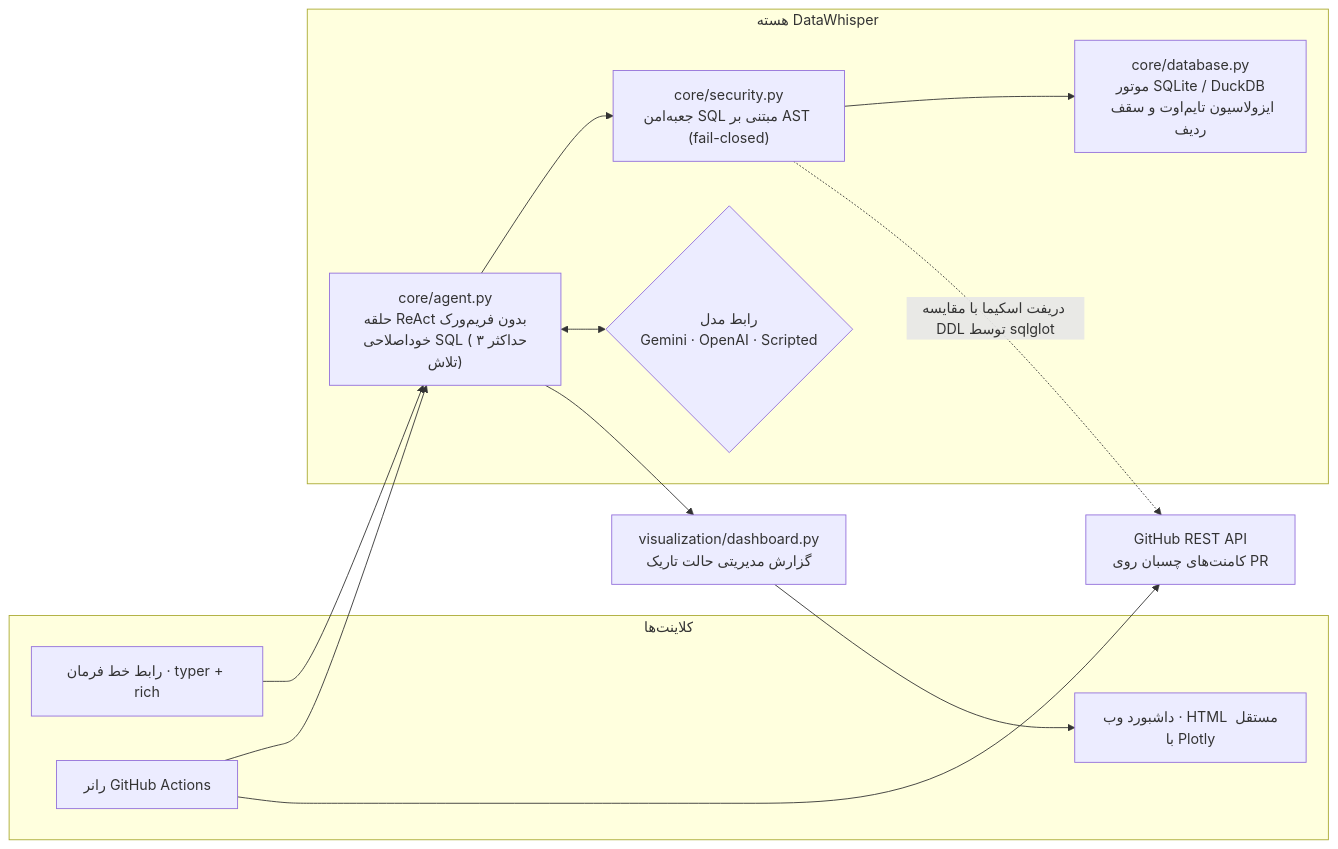
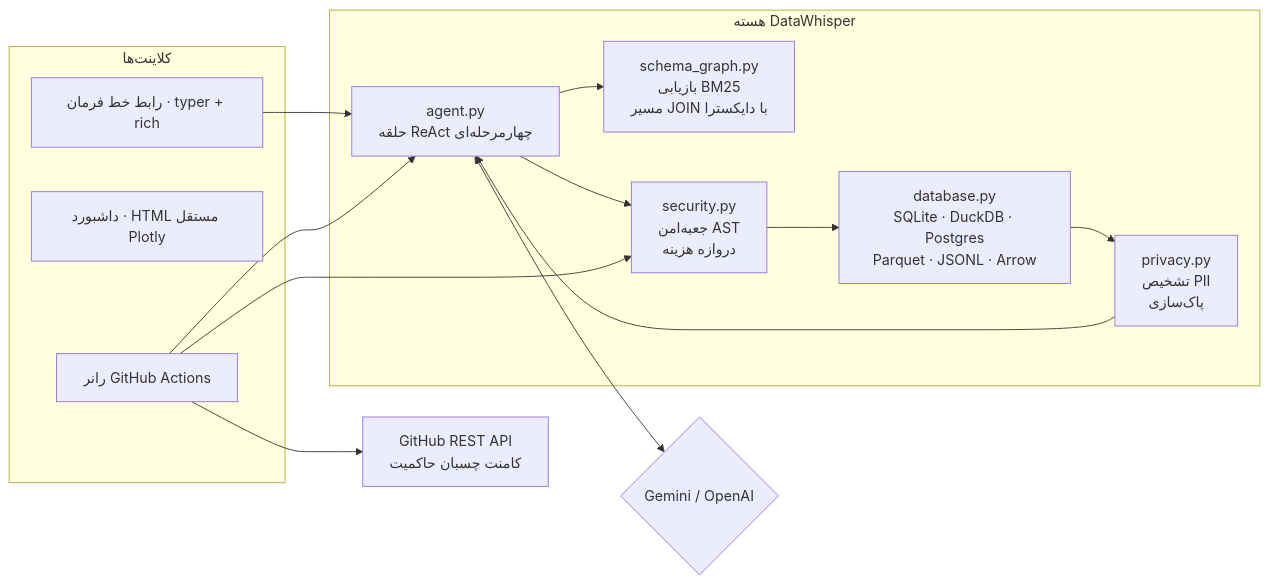
Before and after one commit to Green-tero/datawhisper: the second of 2 diagrams in README.md, drawn with Mermaid. The commit also changed other lines of this file and 21 other files, not shown here.

First line of the commit message:
feat!: DataWhisper v2.0 — graph pruning, multi-engine Arrow, zero-trust gate

````diff
--- a/README.md
+++ b/README.md
@@ -306,27 +318,30 @@
 ```mermaid
 flowchart LR
     subgraph Clients["کلاینت‌ها"]
         CLI["رابط خط فرمان · typer + rich"]
-        DASH["داشبورد وب · HTML مستقل با Plotly"]
+        DASH["داشبورد · HTML مستقل Plotly"]
         GHA["رانر GitHub Actions"]
     end
 
     subgraph Core["هسته DataWhisper"]
-        SEC["core/security.py<br/>جعبه‌امن SQL مبتنی بر AST (fail-closed)"]
-        DB["core/database.py<br/>موتور SQLite / DuckDB<br/>ایزولاسیون تایم‌اوت و سقف ردیف"]
-        AGENT["core/agent.py<br/>حلقه ReAct بدون فریم‌ورک<br/>خوداصلاحی SQL (حداکثر ۳ تلاش)"]
-        PROV{"رابط مدل<br/>Gemini · OpenAI · Scripted"}
+        GRAPH["schema_graph.py<br/>بازیابی BM25<br/>مسیر JOIN با دایکسترا"]
+        AGENT["agent.py<br/>حلقه ReAct چهارمرحله‌ای"]
+        SEC["security.py<br/>جعبه‌امن AST<br/>دروازه هزینه"]
+        PRIV["privacy.py<br/>تشخیص PII<br/>پاک‌سازی"]
+        DB["database.py<br/>SQLite · DuckDB · Postgres<br/>Parquet · JSONL · Arrow"]
     end
 
-    GH["GitHub REST API<br/>کامنت‌های چسبان روی PR"]
-    REPORT["visualization/dashboard.py<br/>گزارش مدیریتی حالت تاریک"]
+    LLM{"Gemini / OpenAI"}
+    GH["GitHub REST API<br/>کامنت چسبان حاکمیت"]
 
     CLI --> AGENT
     GHA --> AGENT
+    AGENT --> GRAPH
     AGENT --> SEC
     SEC --> DB
-    AGENT <--> PROV
-    AGENT --> REPORT --> DASH
+    DB --> PRIV
+    PRIV --> AGENT
+    AGENT <--> LLM
+    GHA --> SEC
     GHA --> GH
-    SEC -. "دریفت اسکیما با مقایسه DDL توسط sqlglot" .-> GH
 ```
````
